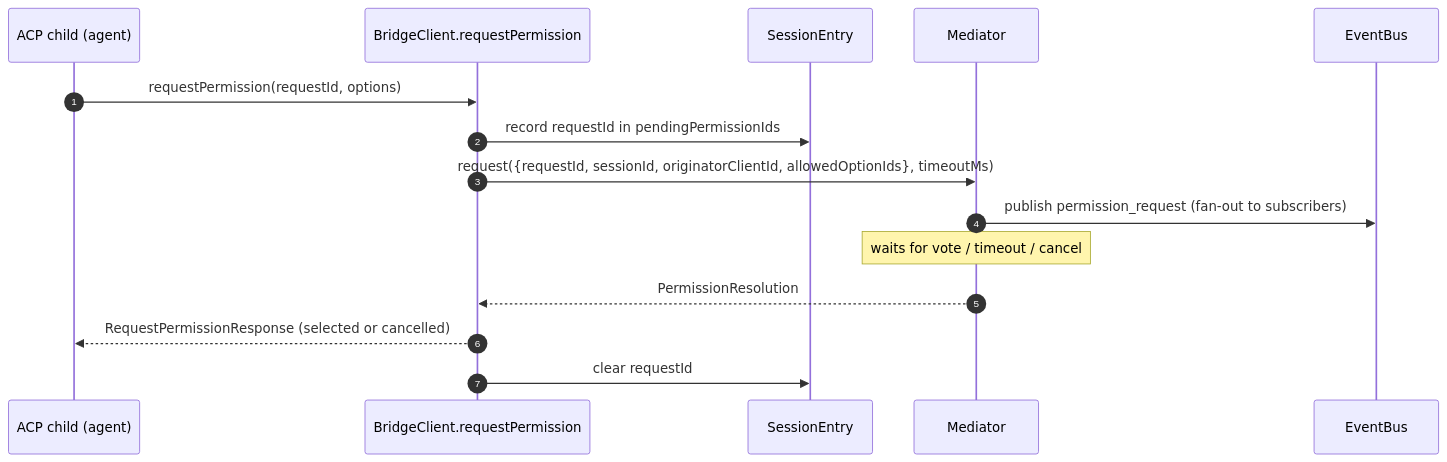
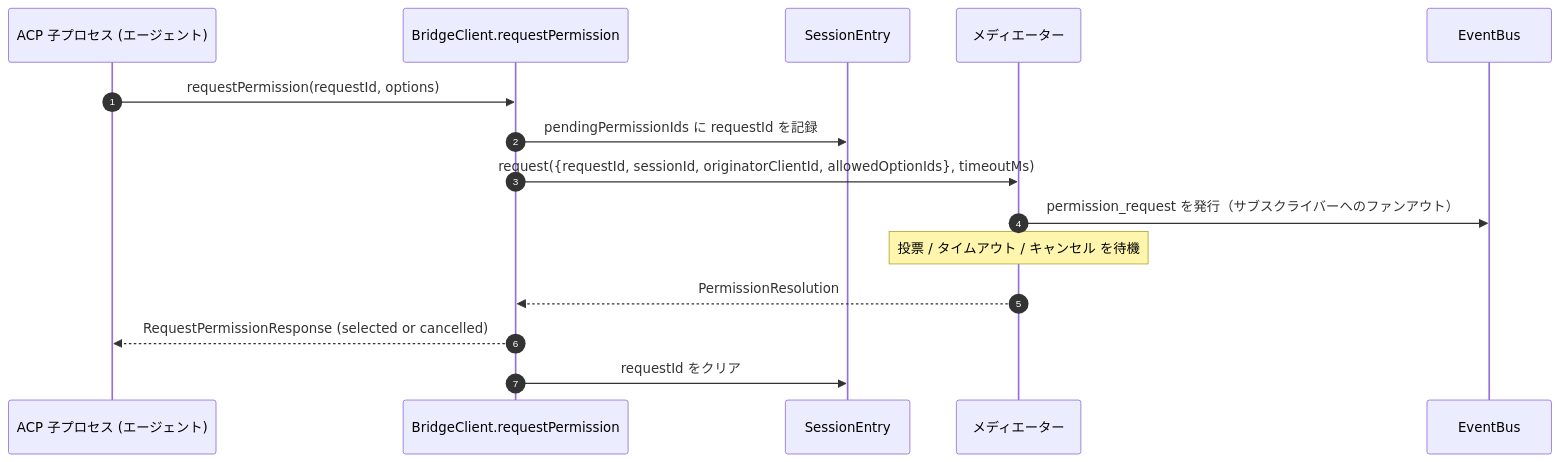
One commit to QwenLM/qwen-code-docs changed the third of 4 diagrams in website/content/ja/developers/daemon/03-acp-bridge.md. Above: the diagram before and after it, drawn with Mermaid. The commit also changed other lines of this file and 162 other files, not shown here.

````diff
--- a/website/content/ja/developers/daemon/03-acp-bridge.md
+++ b/website/content/ja/developers/daemon/03-acp-bridge.md
@@ -122,18 +122,18 @@
 ```mermaid
 sequenceDiagram
     autonumber
-    participant ACP as ACP child (agent)
+    participant ACP as ACP 子プロセス (エージェント)
     participant BC as BridgeClient.requestPermission
     participant E as SessionEntry
-    participant M as Mediator
+    participant M as メディエーター
     participant EB as EventBus
 
     ACP->>BC: requestPermission(requestId, options)
-    BC->>E: record requestId in pendingPermissionIds
+    BC->>E: pendingPermissionIds に requestId を記録
     BC->>M: request({requestId, sessionId, originatorClientId, allowedOptionIds}, timeoutMs)
-    M->>EB: publish permission_request (fan-out to subscribers)
-    Note over M: waits for vote / timeout / cancel
+    M->>EB: permission_request を発行（サブスクライバーへのファンアウト）
+    Note over M: 投票 / タイムアウト / キャンセル を待機
     M-->>BC: PermissionResolution
     BC-->>ACP: RequestPermissionResponse (selected or cancelled)
-    BC->>E: clear requestId
+    BC->>E: requestId をクリア
 ```
````
